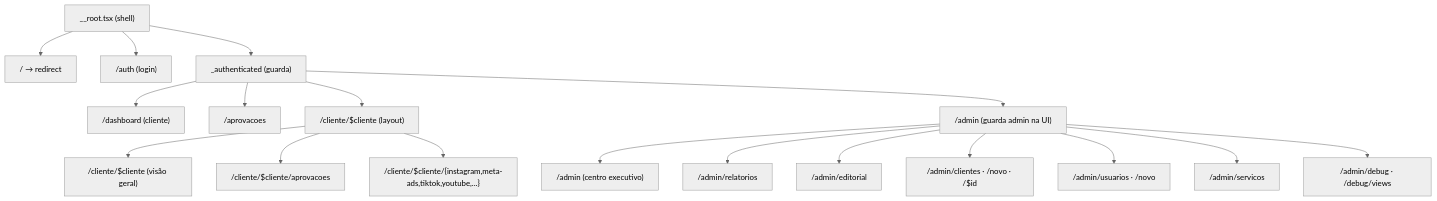
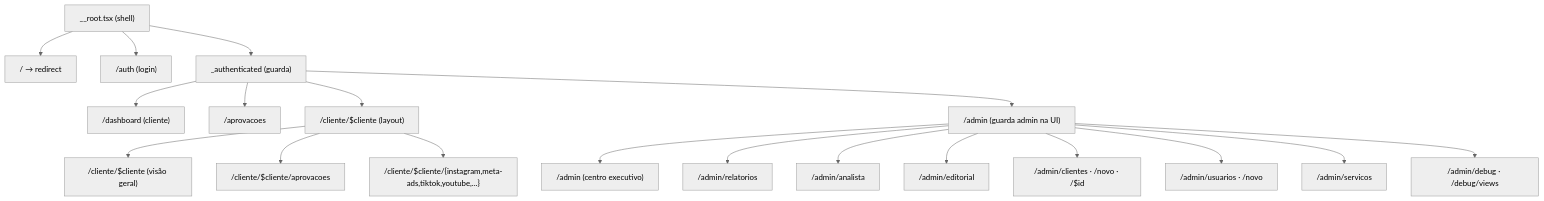
One commit to Lots-BI/supabase-magic-portal changed the first of 2 diagrams in docs/05-frontend/routing.md. Above: the diagram before and after it, drawn with Mermaid (neutral theme). The commit also changed other lines of this file and 32 other files, not shown here.

First line of the commit message:
﻿feat: analista Claude admin-only em /admin/analista

````diff
--- a/docs/05-frontend/routing.md
+++ b/docs/05-frontend/routing.md
@@ -22,22 +22,23 @@
 ```mermaid
 flowchart TD
     root["__root.tsx (shell)"] --> idx["/ → redirect"]
     root --> auth["/auth (login)"]
     root --> authed["_authenticated (guarda)"]
 
     authed --> dash["/dashboard (cliente)"]
     authed --> aprov["/aprovacoes"]
     authed --> cli["/cliente/$cliente (layout)"]
     cli --> cliIdx["/cliente/$cliente (visão geral)"]
     cli --> cliAprov["/cliente/$cliente/aprovacoes"]
     cli --> cliPlat["/cliente/$cliente/{instagram,meta-ads,tiktok,youtube,...}"]
 
     authed --> admin["/admin (guarda admin na UI)"]
     admin --> admIdx["/admin (centro executivo)"]
     admin --> admRel["/admin/relatorios"]
+    admin --> admAna["/admin/analista"]
     admin --> admEd["/admin/editorial"]
     admin --> admCli["/admin/clientes · /novo · /$id"]
     admin --> admUsr["/admin/usuarios · /novo"]
     admin --> admSrv["/admin/servicos"]
     admin --> admDbg["/admin/debug · /debug/views"]
 ```
````
